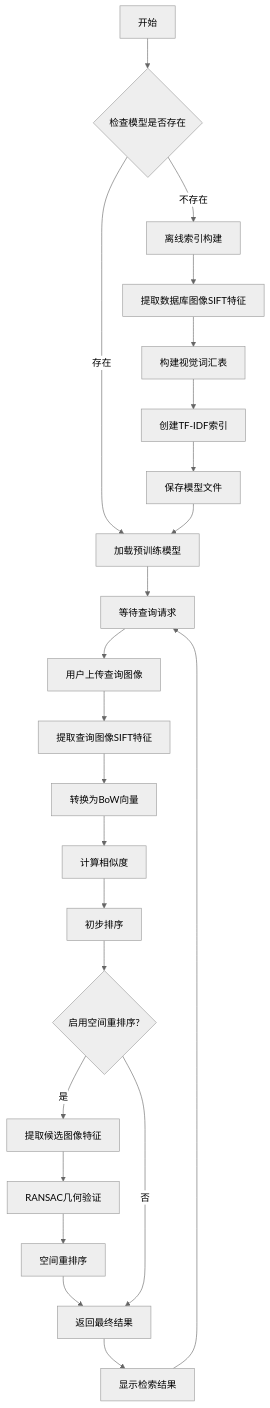
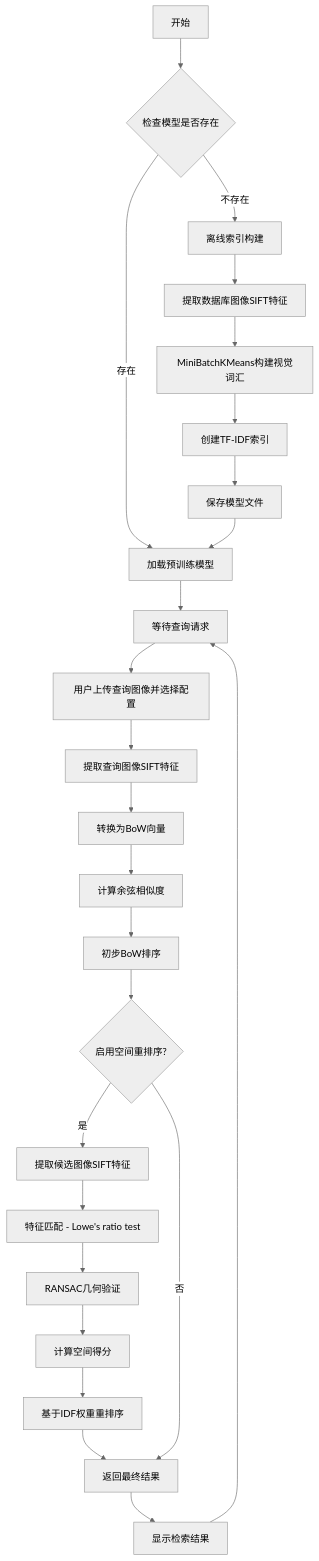
One commit to preacher-1/image_retrieval_system changed the diagram in docs/doc.md. Above: the diagram before and after it, drawn with Mermaid (neutral theme). The commit also changed other lines of this file and 3 other files, not shown here.

````diff
--- a/docs/doc.md
+++ b/docs/doc.md
@@ -131,29 +135,31 @@
 ```mermaid
 graph TD
     A[开始] --> B{检查模型是否存在}
     B -->|不存在| C[离线索引构建]
     B -->|存在| D[加载预训练模型]
 
     C --> C1[提取数据库图像SIFT特征]
-    C1 --> C2[构建视觉词汇表]
+    C1 --> C2[MiniBatchKMeans构建视觉词汇]
     C2 --> C3[创建TF-IDF索引]
     C3 --> C4[保存模型文件]
     C4 --> D
 
     D --> E[等待查询请求]
-    E --> F[用户上传查询图像]
+    E --> F[用户上传查询图像并选择配置]
     F --> G[提取查询图像SIFT特征]
     G --> H[转换为BoW向量]
-    H --> I[计算相似度]
-    I --> J[初步排序]
+    H --> I[计算余弦相似度]
+    I --> J[初步BoW排序]
 
     J --> K{启用空间重排序?}
-    K -->|是| L[提取候选图像特征]
-    L --> M[RANSAC几何验证]
-    M --> N[空间重排序]
-    N --> O[返回最终结果]
+    K -->|是| L[提取候选图像SIFT特征]
+    L --> M[特征匹配 - Lowe's ratio test]
+    M --> N[RANSAC几何验证]
+    N --> O[计算空间得分]
+    O --> P[基于IDF权重重排序]
+    P --> Q[返回最终结果]
 
-    K -->|否| O
-    O --> P[显示检索结果]
-    P --> E
+    K -->|否| Q
+    Q --> R[显示检索结果]
+    R --> E
 ```
````
